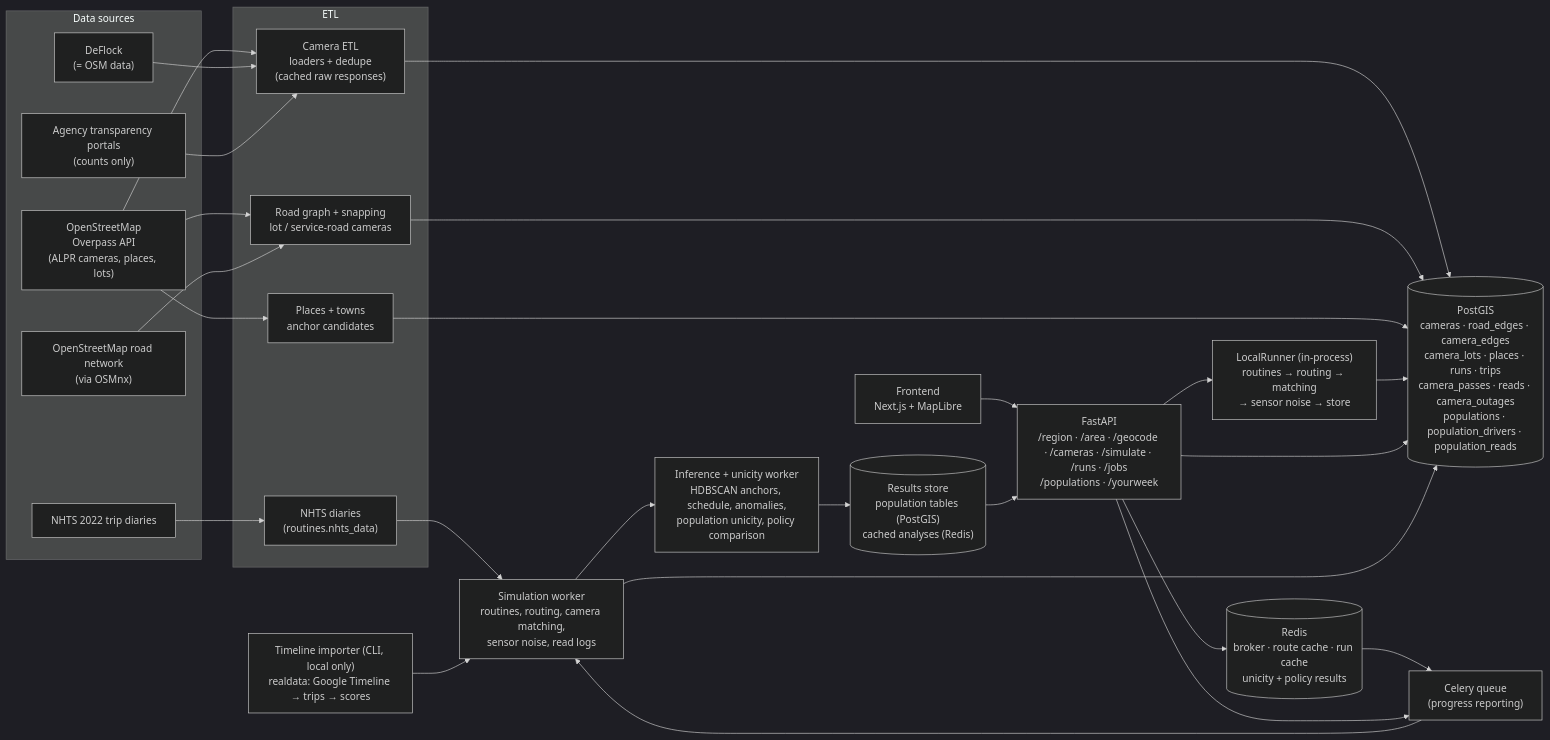
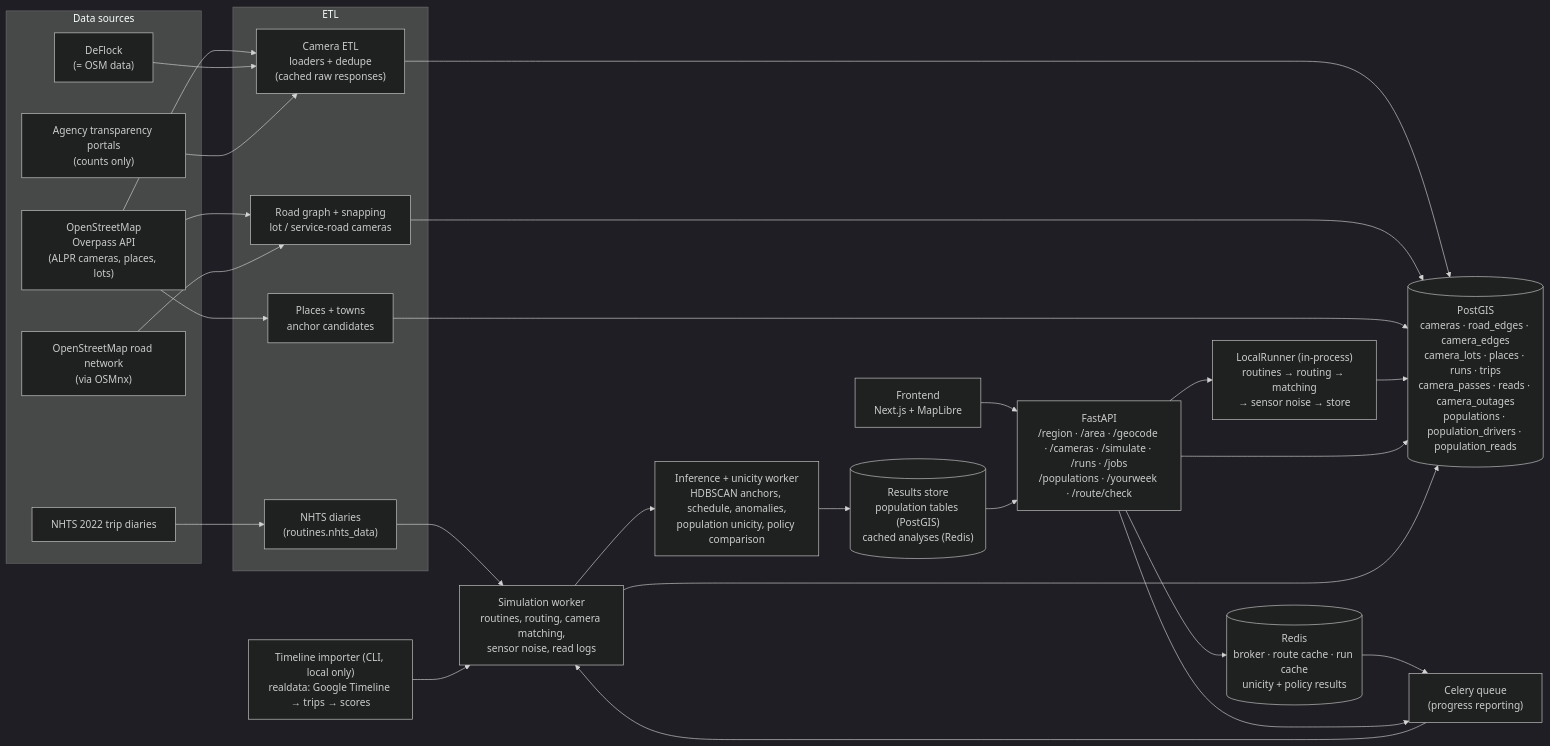
Before and after one commit to RyanPurakal/plate-trail: the diagram in docs/architecture.md, drawn with Mermaid (dark theme). The commit also changed other lines of this file and 6 other files, not shown here.

Commit message:
My routes: POST /route/check returns sensors passed and a read timeline both ways, compute-only

````diff
--- a/docs/architecture.md
+++ b/docs/architecture.md
@@ -7,59 +7,59 @@
 ```mermaid
 flowchart LR
     %% ---------- sources ----------
     subgraph sources["Data sources"]
         OSM["OpenStreetMap<br/>Overpass API<br/>(ALPR cameras, places, lots)"]
         OSMNX["OpenStreetMap road network<br/>(via OSMnx)"]
         DEFLOCK["DeFlock<br/>(= OSM data)"]
         AGENCY["Agency transparency portals<br/>(counts only)"]
         NHTS["NHTS 2022 trip diaries"]
     end
 
     %% ---------- ETL ----------
     subgraph etl["ETL"]
         CAMETL["Camera ETL<br/>loaders + dedupe<br/>(cached raw responses)"]
         ROADS["Road graph + snapping<br/>lot / service-road cameras"]
         PLACES["Places + towns<br/>anchor candidates"]
         NHTSETL["NHTS diaries<br/>(routines.nhts_data)"]
     end
 
     DB[("PostGIS<br/>cameras · road_edges · camera_edges<br/>camera_lots · places · runs · trips<br/>camera_passes · reads · camera_outages<br/>populations · population_drivers · population_reads")]
 
     %% ---------- app ----------
     FE["Frontend<br/>Next.js + MapLibre"]
-    API["FastAPI<br/>/region · /area · /geocode · /cameras · /simulate · /runs · /jobs<br/>/populations · /yourweek"]
+    API["FastAPI<br/>/region · /area · /geocode · /cameras · /simulate · /runs · /jobs<br/>/populations · /yourweek · /route/check"]
     LOCAL["LocalRunner (in-process)<br/>routines → routing → matching<br/>→ sensor noise → store"]
     REDIS[("Redis<br/>broker · route cache · run cache<br/>unicity + policy results")]
     QUEUE["Celery queue<br/>(progress reporting)"]
     SIMW["Simulation worker<br/>routines, routing, camera matching,<br/>sensor noise, read logs"]
     INFW["Inference + unicity worker<br/>HDBSCAN anchors, schedule, anomalies,<br/>population unicity, policy comparison"]
     RESULTS[("Results store<br/>population tables (PostGIS)<br/>cached analyses (Redis)")]
     TIMELINE["Timeline importer (CLI, local only)<br/>realdata: Google Timeline → trips → scores"]
 
     OSM --> CAMETL
     OSM --> PLACES
     OSM --> ROADS
     OSMNX --> ROADS
     DEFLOCK --> CAMETL
     AGENCY --> CAMETL
     NHTS --> NHTSETL
     CAMETL --> DB
     ROADS --> DB
     PLACES --> DB
     NHTSETL --> SIMW
 
     FE --> API
     API --> LOCAL
     LOCAL --> DB
     API --> DB
 
     API --> REDIS
     REDIS --> QUEUE
     API --> QUEUE
     QUEUE --> SIMW
     SIMW --> INFW
     SIMW --> DB
     INFW --> RESULTS
     RESULTS --> API
     TIMELINE --> SIMW
 ```
````
